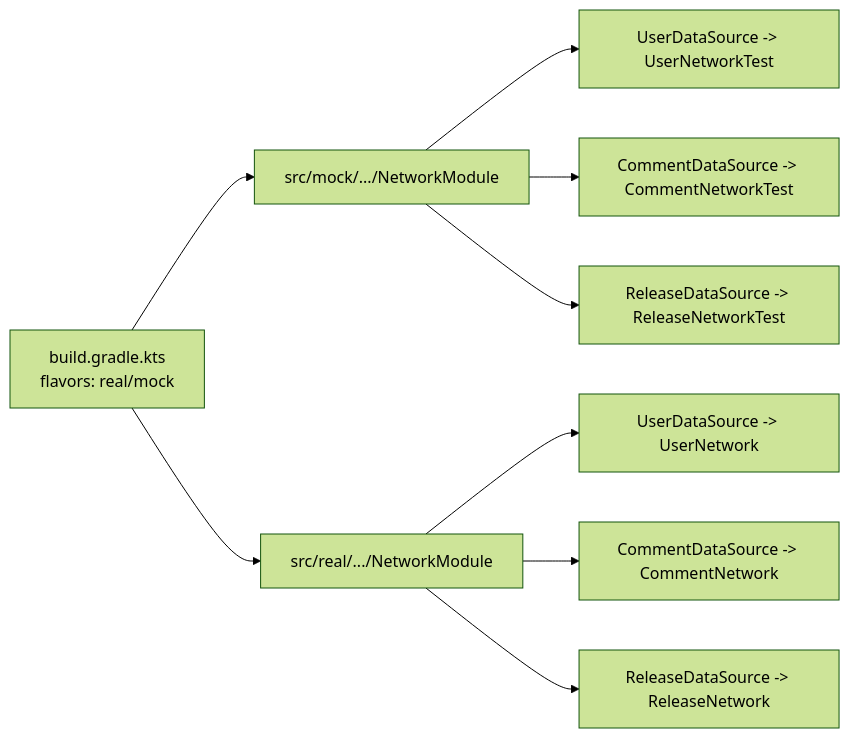
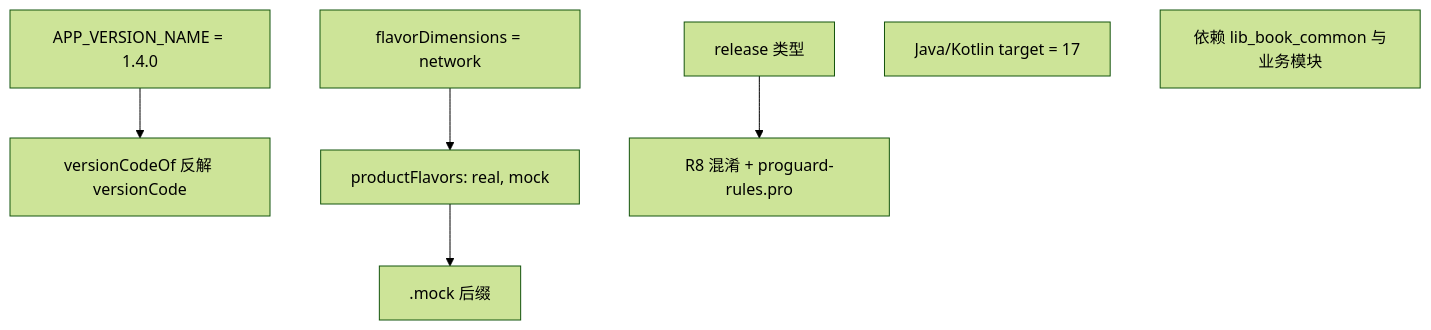
One commit to xrn1997/android-ebook changed the seventh of 11 diagrams in .qoder/repowiki/zh/content/核心模块/应用入口模块 (module_app).md. Above: the diagram before and after it, drawn with Mermaid (forest theme). The commit also changed other lines of this file and 456 other files, not shown here.

````diff
--- a/.qoder/repowiki/zh/content/核心模块/应用入口模块 (module_app).md
+++ b/.qoder/repowiki/zh/content/核心模块/应用入口模块 (module_app).md
@@ -168,11 +279,9 @@
 ```mermaid
-graph LR
-    A["build.gradle.kts<br/>flavors: real/mock"] --> B["src/mock/.../NetworkModule"]
-    A --> C["src/real/.../NetworkModule"]
-    B --> D["UserDataSource -> UserNetworkTest"]
-    B --> E["CommentDataSource -> CommentNetworkTest"]
-    B --> F["ReleaseDataSource -> ReleaseNetworkTest"]
-    C --> G["UserDataSource -> UserNetwork"]
-    C --> H["CommentDataSource -> CommentNetwork"]
-    C --> I["ReleaseDataSource -> ReleaseNetwork"]
+flowchart TD
+    VersionName["APP_VERSION_NAME = 1.4.0"] --> CodeGen["versionCodeOf 反解 versionCode"]
+    FlavorDim["flavorDimensions = network"] --> Flavors["productFlavors: real, mock"]
+    Flavors --> AppIdSuffix[".mock 后缀"]
+    BuildType["release 类型"] --> Minify["R8 混淆 + proguard-rules.pro"]
+    CompileTarget["Java/Kotlin target = 17"]
+    Deps["依赖 lib_book_common 与业务模块"]
 ```
````
